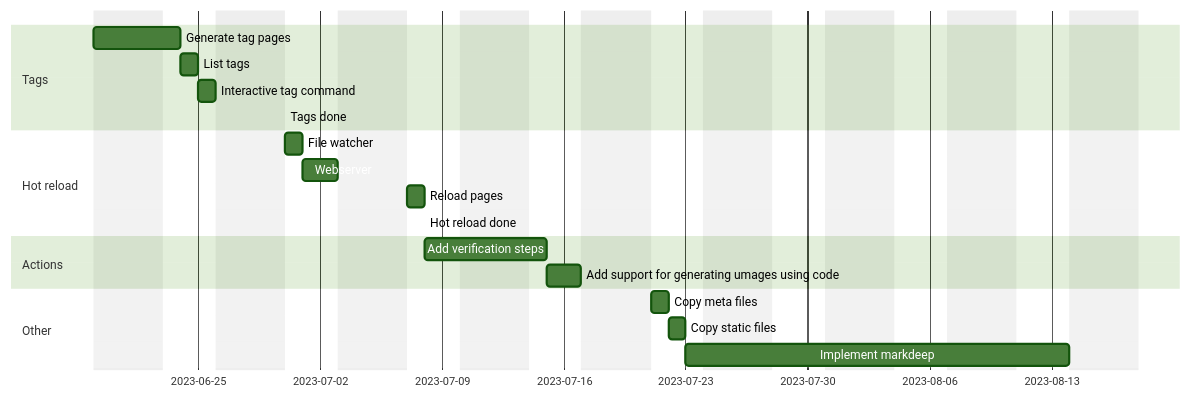
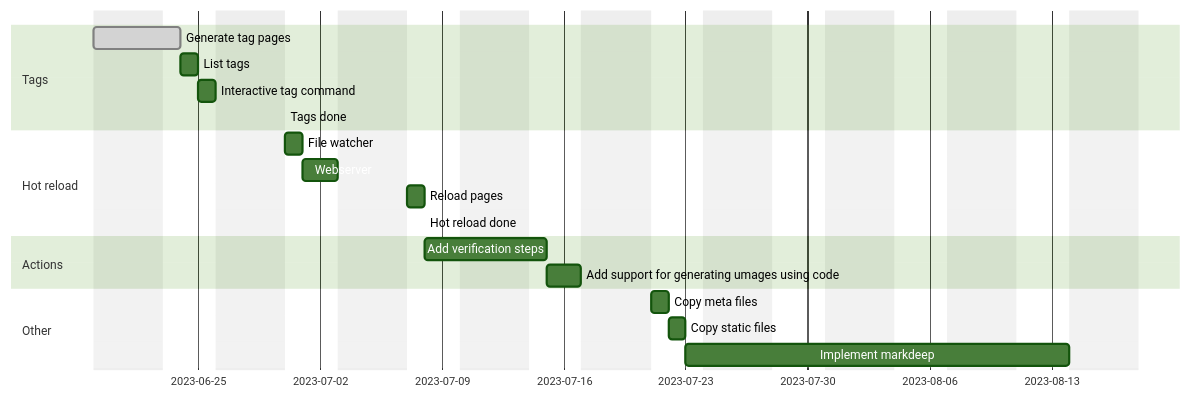
The diagram in readme.md (madeso/blaggen), drawn with Mermaid (forest theme) before and after one commit.

Commit message:
Marking completed as done

````diff
--- a/readme.md
+++ b/readme.md
@@ -43,28 +43,28 @@
 ```mermaid
 gantt
     dateFormat  YYYY-MM-DD
     section Plan
     excludes monday, tuesday, wednesday, thursday
 
     section Tags
-    Generate tag pages: tag_pages, 2023-06-19, 2d
+    Generate tag pages: done, tag_pages, 2023-06-19, 2d
     List tags: list_tags, after tag_pages, 1d
     Interactive tag command: tag_command, after list_tags, 1d
     Tags done: tags_done, after tag_command, 0h
 
     section Hot reload
     File watcher: file_watcher, after tags_done, 1d
     Webserver: webserver, after file_watcher, 2d
     Reload pages: reload_pages, after webserver, 1d
     Hot reload done: hotreload_done, after reload_pages, 0d
     
     section Actions
     Add verification steps: action_verify, after hotreload_done, 3d
     Add support for generating umages using code: action_image, after action_verify, 2d
 
     section Other
     Copy meta files: copy_meta, after action_image, 1d
     Copy static files: copy_static, after copy_meta, 1d
 
     Implement markdeep: after copy_static, 10d
 ```
````
